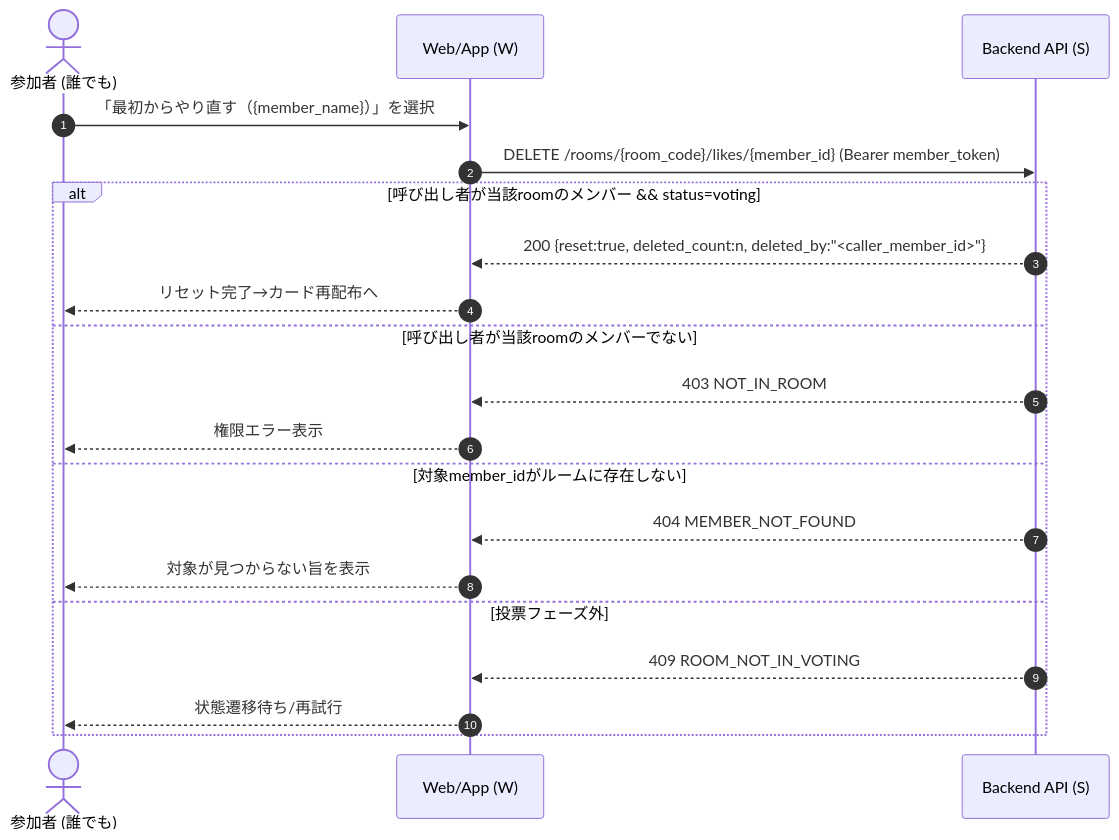
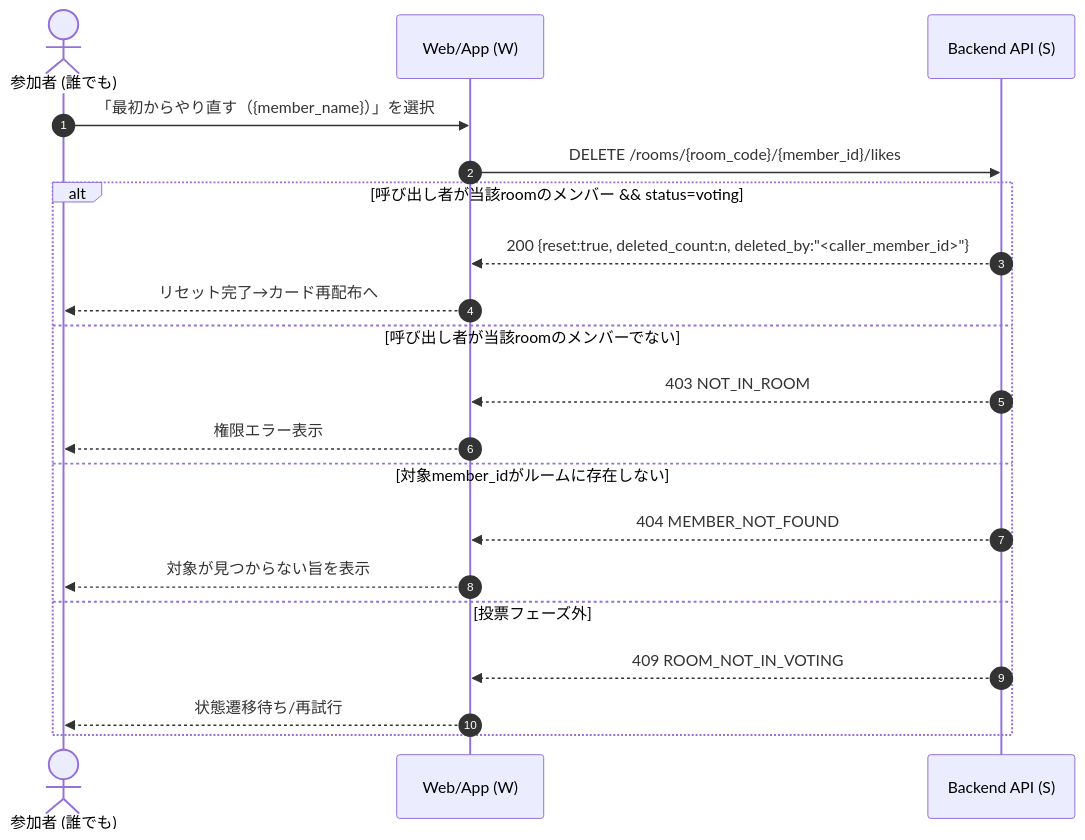
Before and after one commit to jphacks/os_2504: the ninth of 9 diagrams in docs/sequence.md, drawn with Mermaid. The commit also changed other lines of this file and 10 other files, not shown here.

````diff
--- a/docs/sequence.md
+++ b/docs/sequence.md
@@ -213,24 +211,24 @@
 ```mermaid
 sequenceDiagram
     autonumber
     actor U as 参加者 (誰でも)
     participant W as Web/App (W)
     participant S as Backend API (S)
 
     U->>W: 「最初からやり直す（{member_name}）」を選択
-    W->>S: DELETE /rooms/{room_code}/likes/{member_id} (Bearer member_token)
+    W->>S: DELETE /rooms/{room_code}/{member_id}/likes
     alt 呼び出し者が当該roomのメンバー && status=voting
         S-->>W: 200 {reset:true, deleted_count:n, deleted_by:"<caller_member_id>"}
         W-->>U: リセット完了→カード再配布へ
     else 呼び出し者が当該roomのメンバーでない
         S-->>W: 403 NOT_IN_ROOM
         W-->>U: 権限エラー表示
     else 対象member_idがルームに存在しない
         S-->>W: 404 MEMBER_NOT_FOUND
         W-->>U: 対象が見つからない旨を表示
     else 投票フェーズ外
         S-->>W: 409 ROOM_NOT_IN_VOTING
         W-->>U: 状態遷移待ち/再試行
     end
 
 ```
````
